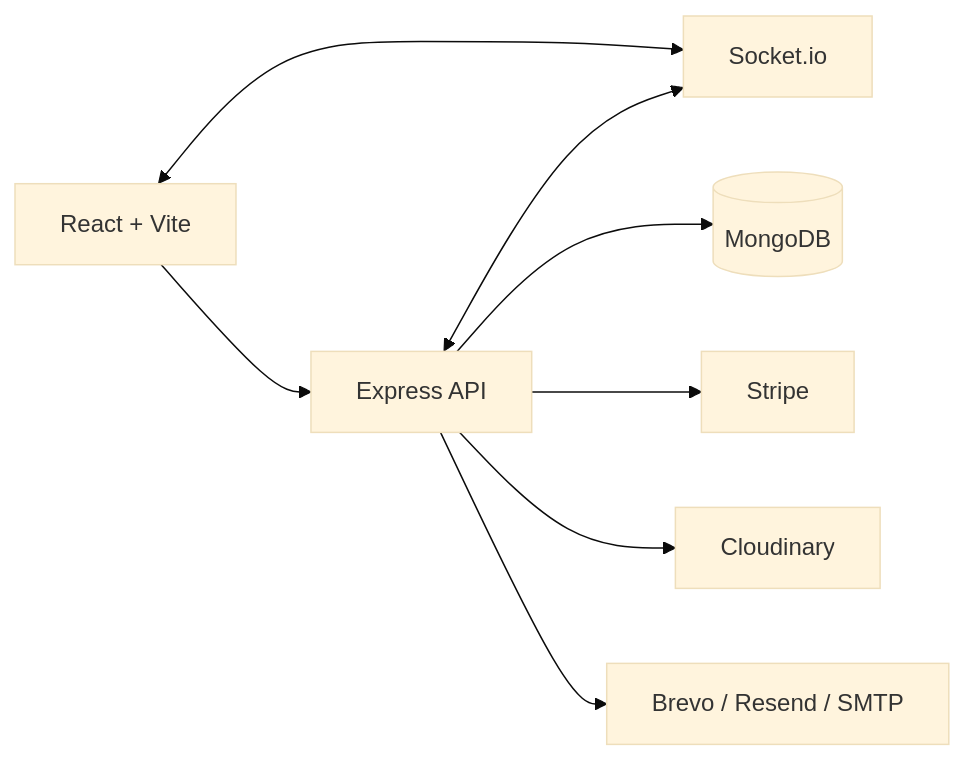
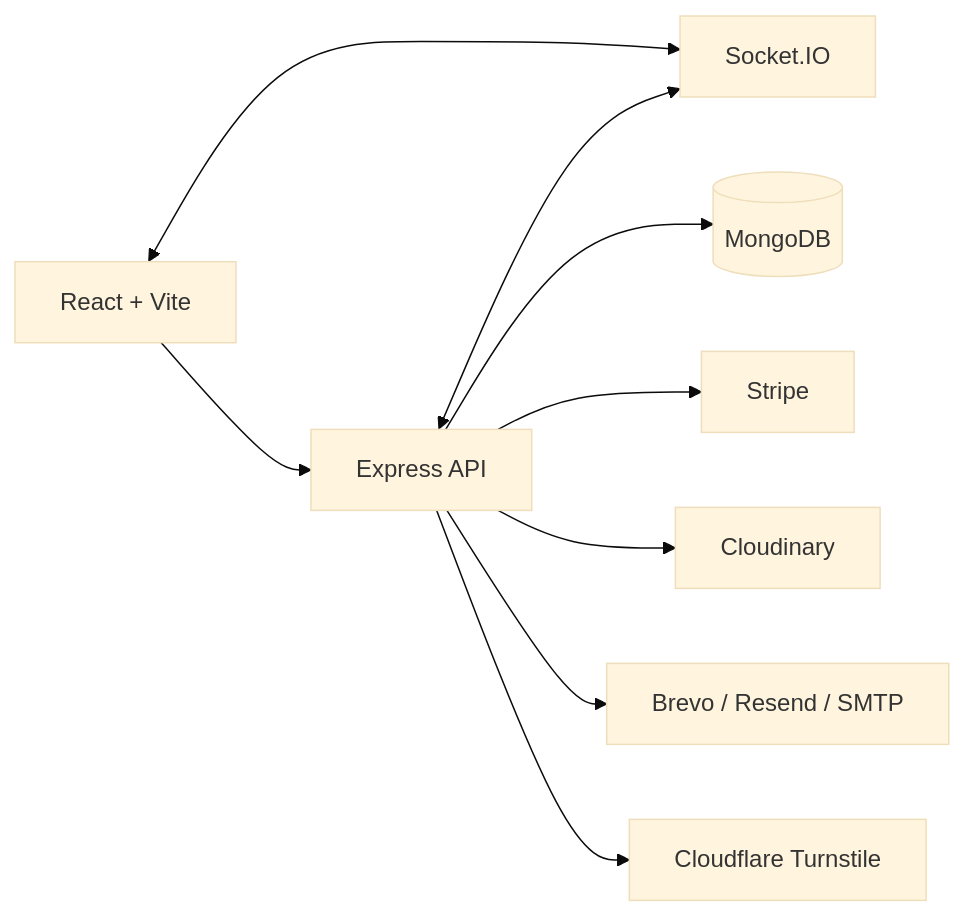
One commit to smri29/BidPulse changed the diagram in README.md. Above: the diagram before and after it, drawn with Mermaid (base theme). The commit also changed other lines of this file, not shown here.

````diff
--- a/README.md
+++ b/README.md
@@ -42,10 +47,11 @@
 ```mermaid
 flowchart LR
-  C[React + Vite] --> API[Express API]
-  C <--> WS[Socket.io]
+  UI[React + Vite] --> API[Express API]
+  UI <--> WS[Socket.IO]
   API <--> WS
   API --> DB[(MongoDB)]
   API --> STRIPE[Stripe]
   API --> CLOUD[Cloudinary]
   API --> MAIL[Brevo / Resend / SMTP]
+  API --> TURNSTILE[Cloudflare Turnstile]
 ```
````
